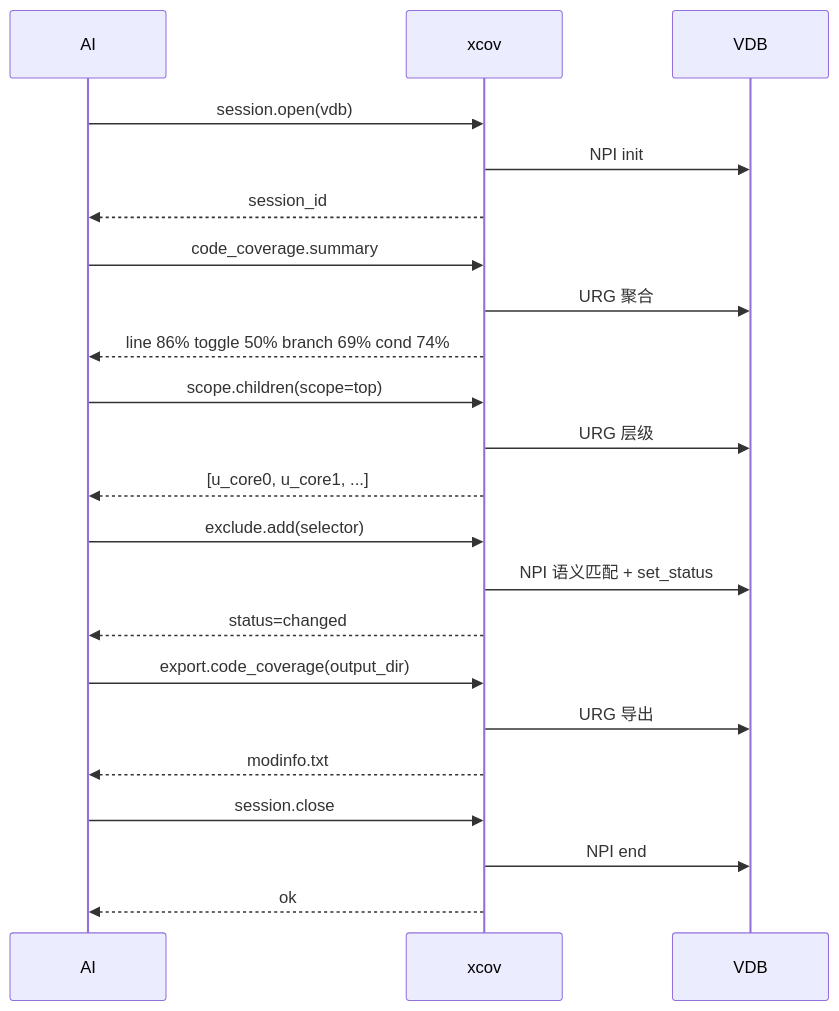
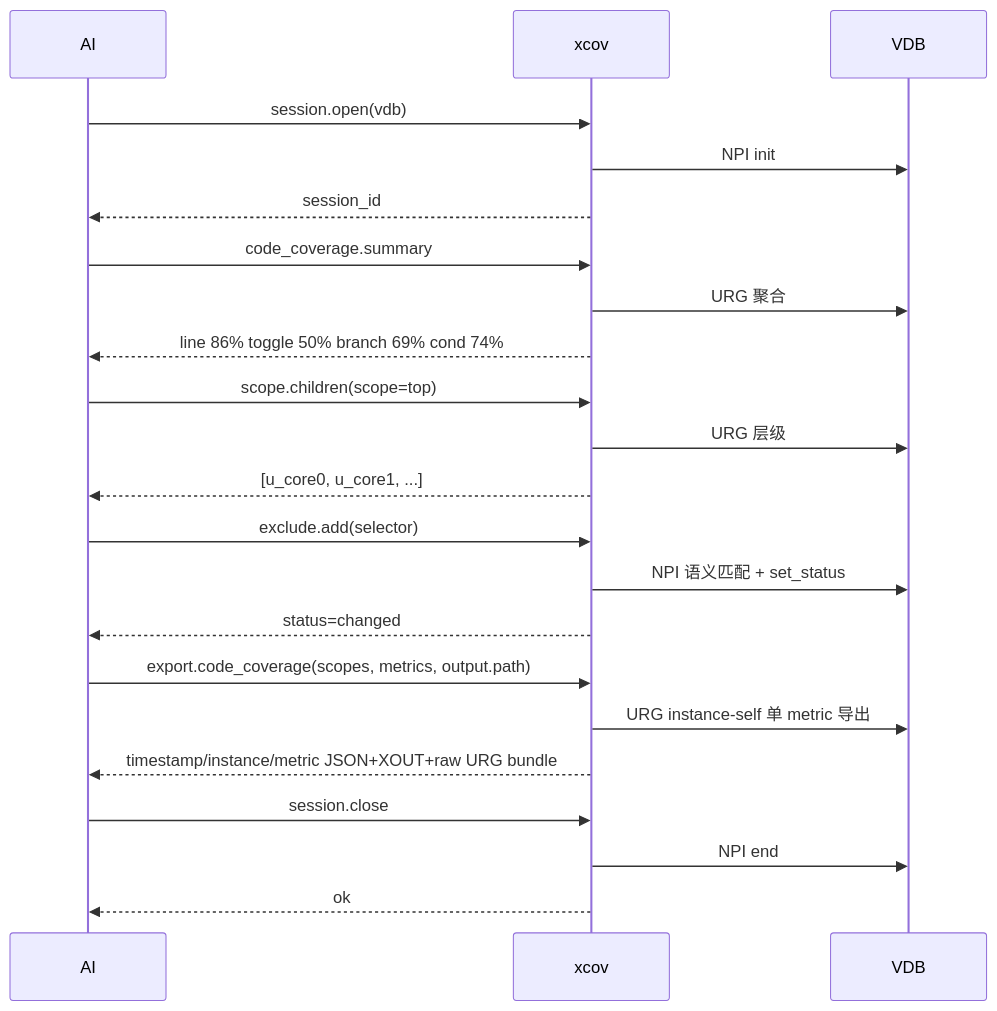
The diagram in doc/xcov_ai_query_flow.md (BLANK2077/xverif), drawn with Mermaid before and after one commit. The commit also changed 5 other files, not shown here.

````diff
--- a/doc/xcov_ai_query_flow.md
+++ b/doc/xcov_ai_query_flow.md
@@ -3,30 +3,30 @@
 ```mermaid
 sequenceDiagram
     participant AI
     participant xcov
     participant VDB
 
     AI->>xcov: session.open(vdb)
     xcov->>VDB: NPI init
     xcov-->>AI: session_id
 
     AI->>xcov: code_coverage.summary
     xcov->>VDB: URG 聚合
     xcov-->>AI: line 86% toggle 50% branch 69% cond 74%
 
     AI->>xcov: scope.children(scope=top)
     xcov->>VDB: URG 层级
     xcov-->>AI: [u_core0, u_core1, ...]
 
     AI->>xcov: exclude.add(selector)
     xcov->>VDB: NPI 语义匹配 + set_status
     xcov-->>AI: status=changed
 
-    AI->>xcov: export.code_coverage(output_dir)
-    xcov->>VDB: URG 导出
-    xcov-->>AI: modinfo.txt
+    AI->>xcov: export.code_coverage(scopes, metrics, output.path)
+    xcov->>VDB: URG instance-self 单 metric 导出
+    xcov-->>AI: timestamp/instance/metric JSON+XOUT+raw URG bundle
 
     AI->>xcov: session.close
     xcov->>VDB: NPI end
     xcov-->>AI: ok
 ```
````
